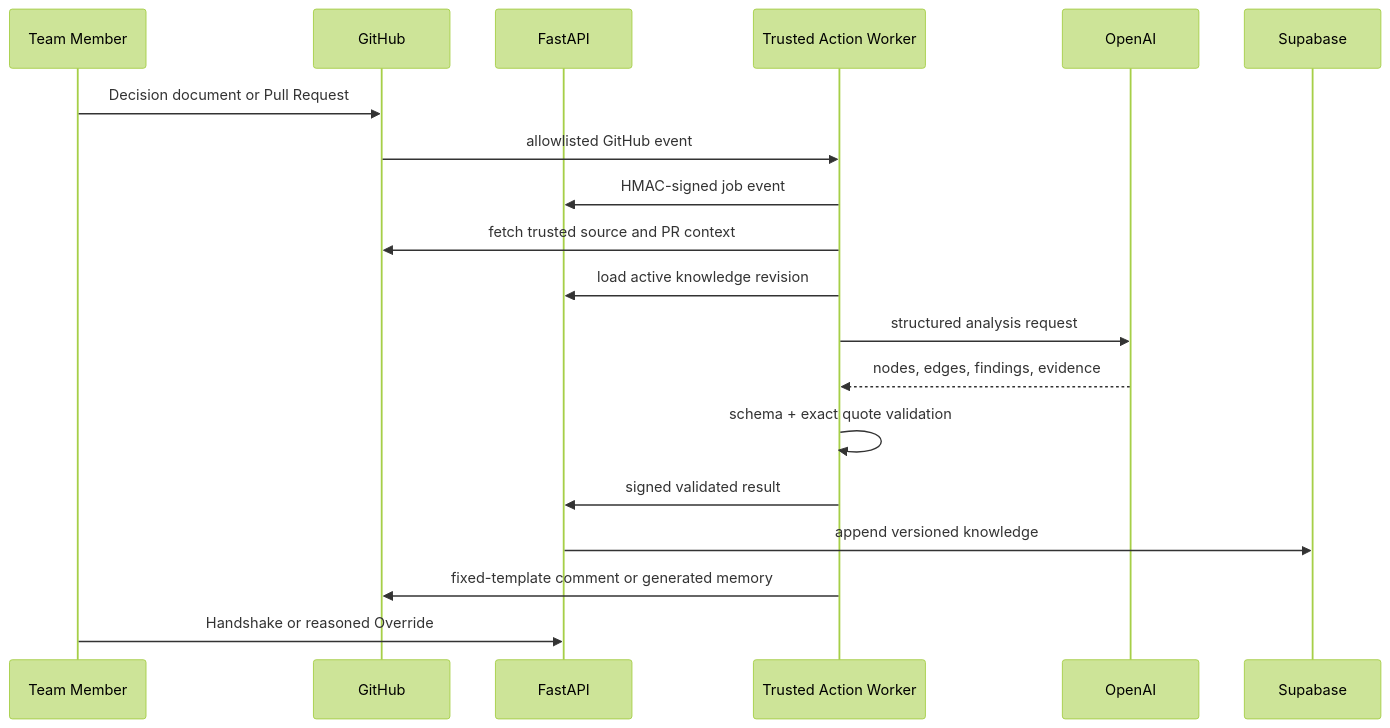
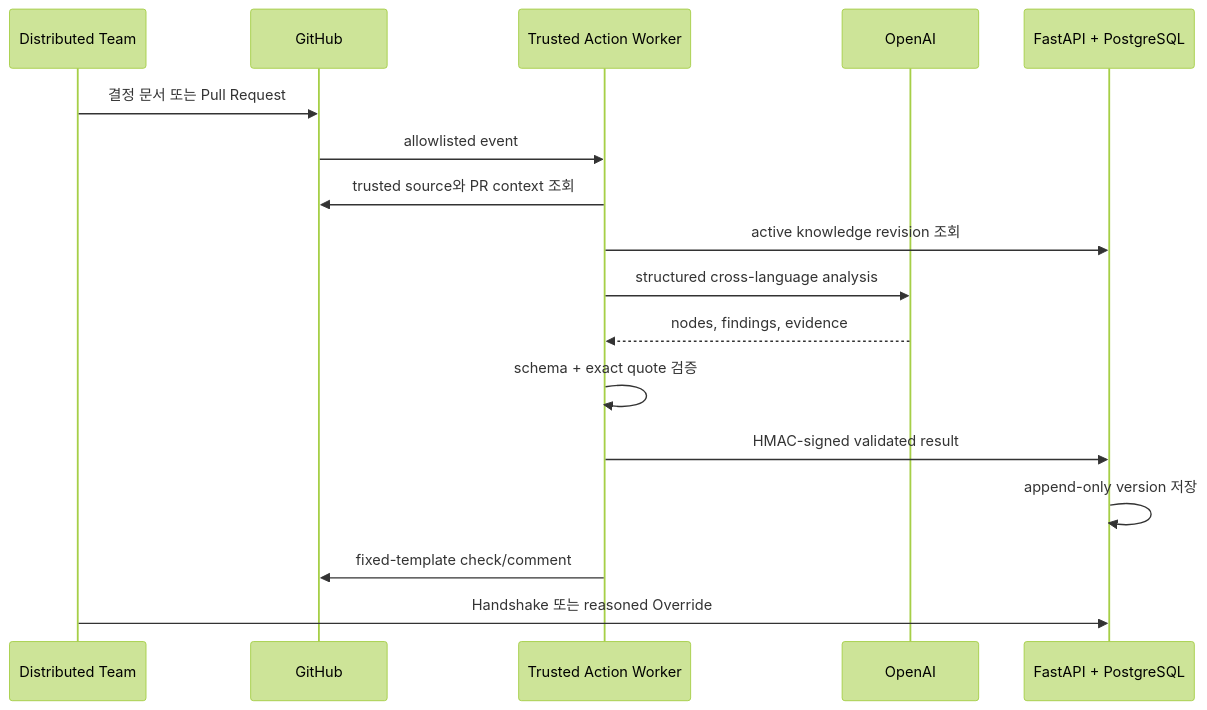
Before and after one commit to gyutaetae/alignment-memory-be: the first of 2 diagrams in README.md, drawn with Mermaid (forest theme). The commit also changed other lines of this file, not shown here.

````diff
--- a/README.md
+++ b/README.md
@@ -37,22 +23,20 @@
 ```mermaid
 sequenceDiagram
-    participant U as Team Member
-    participant G as GitHub
-    participant A as FastAPI
-    participant W as Trusted Action Worker
-    participant L as OpenAI
-    participant D as Supabase
+    participant Team as Distributed Team
+    participant GH as GitHub
+    participant Worker as Trusted Action Worker
+    participant AI as OpenAI
+    participant API as FastAPI + PostgreSQL
 
-    U->>G: Decision document or Pull Request
-    G->>W: allowlisted GitHub event
-    W->>A: HMAC-signed job event
-    W->>G: fetch trusted source and PR context
-    W->>A: load active knowledge revision
-    W->>L: structured analysis request
-    L-->>W: nodes, edges, findings, evidence
-    W->>W: schema + exact quote validation
-    W->>A: signed validated result
-    A->>D: append versioned knowledge
-    W->>G: fixed-template comment or generated memory
-    U->>A: Handshake or reasoned Override
+    Team->>GH: 결정 문서 또는 Pull Request
+    GH->>Worker: allowlisted event
+    Worker->>GH: trusted source와 PR context 조회
+    Worker->>API: active knowledge revision 조회
+    Worker->>AI: structured cross-language analysis
+    AI-->>Worker: nodes, findings, evidence
+    Worker->>Worker: schema + exact quote 검증
+    Worker->>API: HMAC-signed validated result
+    API->>API: append-only version 저장
+    Worker->>GH: fixed-template check/comment
+    Team->>API: Handshake 또는 reasoned Override
 ```
````
